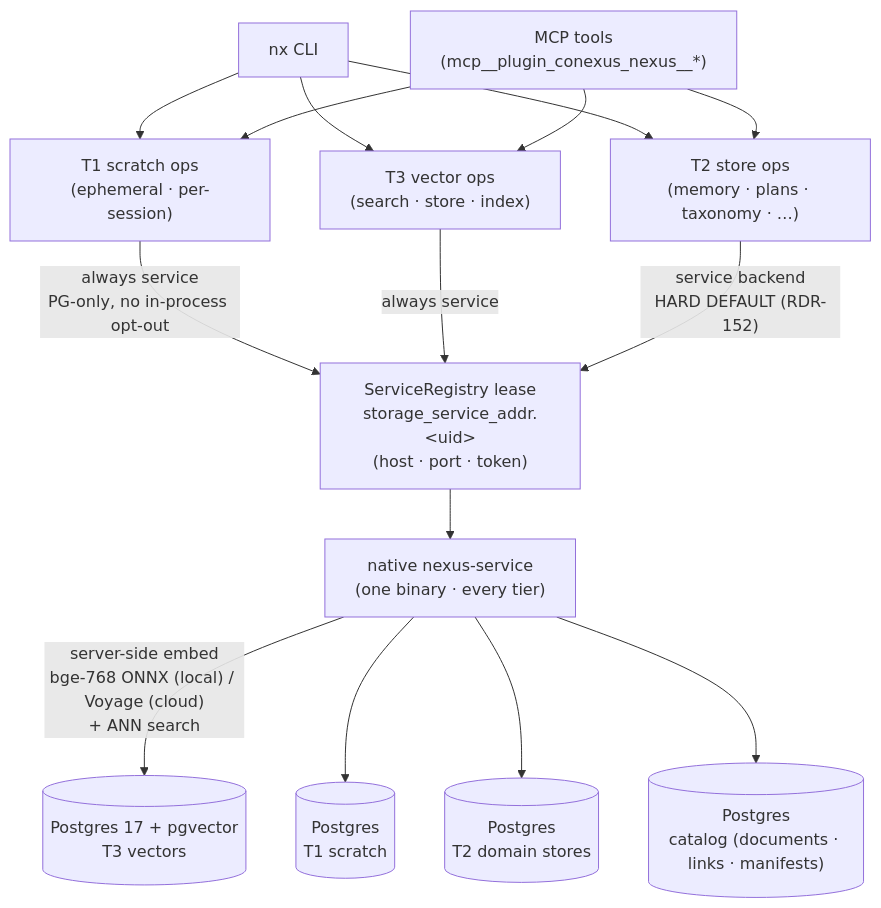
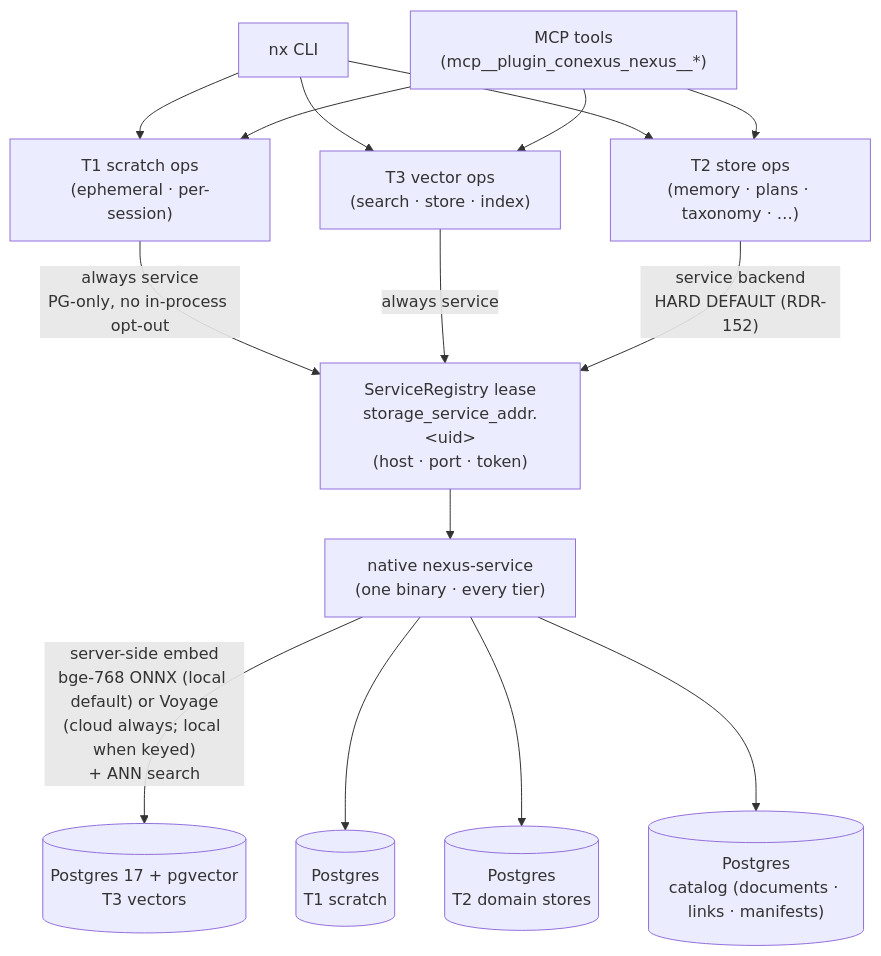
Before and after one commit to Hellblazer/nexus: the diagram in docs/storage-tiers.md, drawn with Mermaid. The commit also changed other lines of this file and 23 other files, not shown here.

First line of the commit message:
docs: local mode embeds with bge-768 by default or Voyage when keyed; record the nexus-umm29 carve-out (nexus-umm29)

````diff
--- a/docs/storage-tiers.md
+++ b/docs/storage-tiers.md
@@ -22,30 +22,30 @@
 ```mermaid
 flowchart TD
   CLI["nx CLI"]
   MCP["MCP tools<br/>(mcp__plugin_conexus_nexus__*)"]
 
   CLI --> T1OPS
   MCP --> T1OPS
   CLI --> T3OPS
   MCP --> T3OPS
   CLI --> T2OPS
   MCP --> T2OPS
 
   T1OPS["T1 scratch ops<br/>(ephemeral · per-session)"]
   T3OPS["T3 vector ops<br/>(search · store · index)"]
   T2OPS["T2 store ops<br/>(memory · plans · taxonomy · …)"]
 
   T1OPS -->|"always service<br/>PG-only, no in-process opt-out"| REG
   T3OPS -->|"always service"| REG
   T2OPS -->|"service backend<br/>HARD DEFAULT (RDR-152)"| REG
 
   REG["ServiceRegistry lease<br/>storage_service_addr.&lt;uid&gt;<br/>(host · port · token)"]
   REG --> SVC
 
   SVC["native nexus-service<br/>(one binary · every tier)"]
-  SVC -->|"server-side embed<br/>bge-768 ONNX (local) / Voyage (cloud)<br/>+ ANN search"| PG[("Postgres 17 + pgvector<br/>T3 vectors")]
+  SVC -->|"server-side embed<br/>bge-768 ONNX (local default) or Voyage<br/>(cloud always; local when keyed)<br/>+ ANN search"| PG[("Postgres 17 + pgvector<br/>T3 vectors")]
   SVC --> PGT1[("Postgres<br/>T1 scratch")]
   SVC --> PGT2[("Postgres<br/>T2 domain stores")]
 
   SVC --> CAT[("Postgres<br/>catalog (documents · links · manifests)")]
 ```
````
